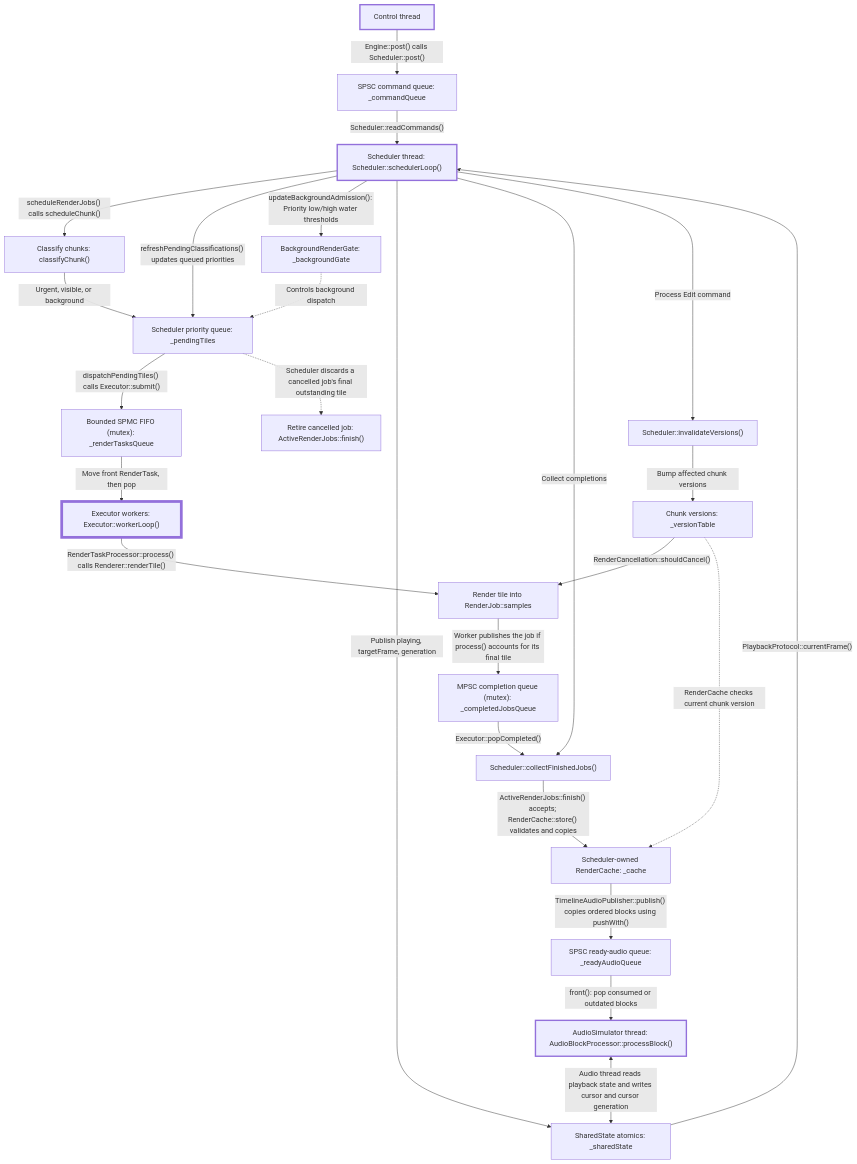
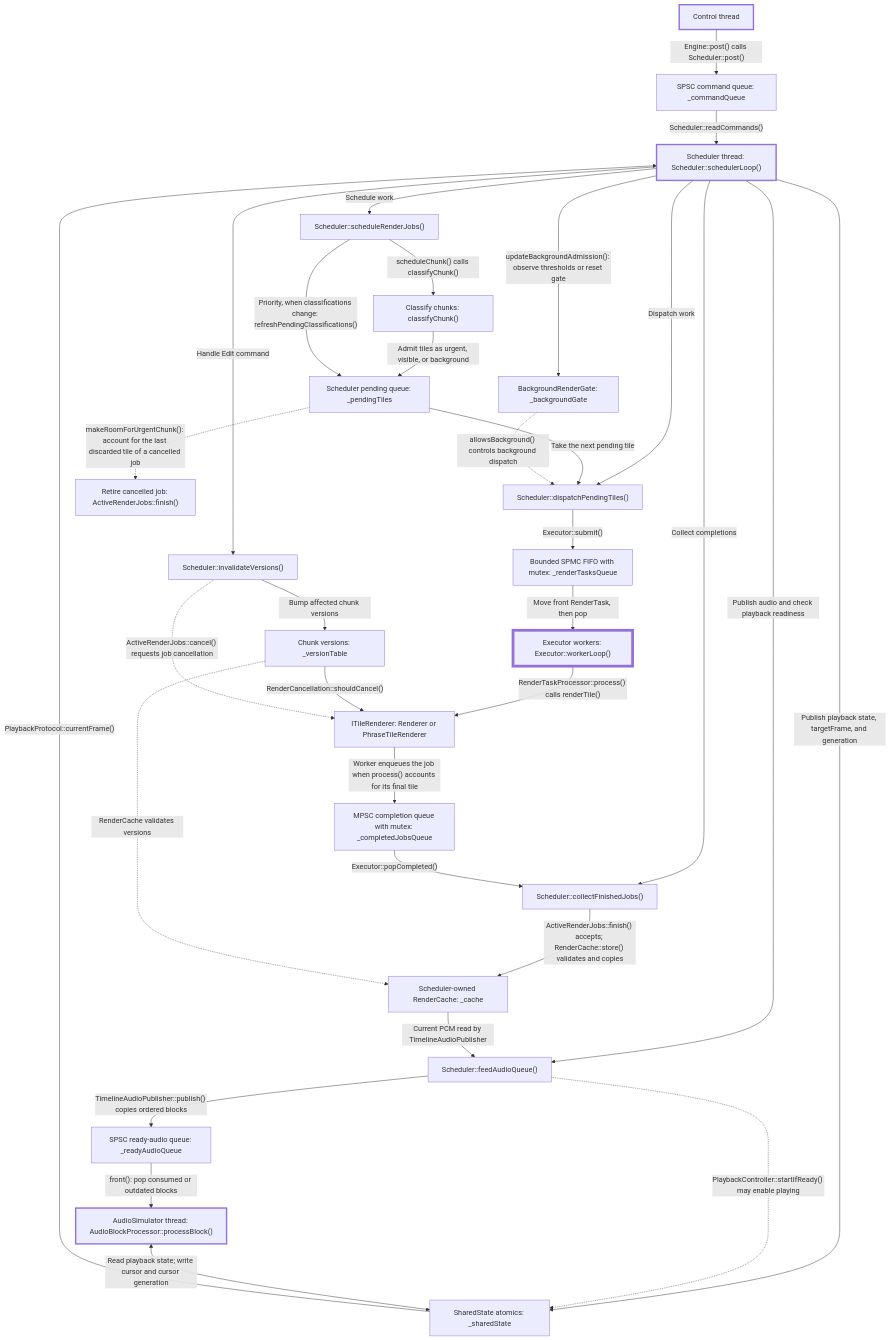
The diagram in README.md (ChristosKonstantas/anasa), drawn with Mermaid before and after one commit. The commit also changed other lines of this file and 55 other files, not shown here.

````diff
--- a/README.md
+++ b/README.md
@@ -35,64 +37,73 @@
 ```mermaid
 flowchart TD
 
     Control["Control thread"]
     CommandQueue["SPSC command queue: _commandQueue"]
     Scheduler["Scheduler thread: Scheduler::schedulerLoop()"]
 
     Control -->|"Engine::post() calls Scheduler::post()"| CommandQueue
     CommandQueue -->|"Scheduler::readCommands()"| Scheduler
 
-    ExecutorQueue["Bounded SPMC FIFO (mutex): _renderTasksQueue"]
-    Workers["Executor workers: Executor::workerLoop()"]
-    Render["Render tile into RenderJob::samples"]
-    CompletionQueue["MPSC completion queue (mutex): _completedJobsQueue"]
-
+    Schedule["Scheduler::scheduleRenderJobs()"]
     Classify["Classify chunks: classifyChunk()"]
-    Pending["Scheduler priority queue: _pendingTiles"]
-
-    Scheduler -->|"scheduleRenderJobs() calls scheduleChunk()"| Classify
-    Classify -->|"Urgent, visible, or background"| Pending
-    Scheduler -->|"refreshPendingClassifications() updates queued priorities"| Pending
-    Pending -->|"dispatchPendingTiles() calls Executor::submit()"| ExecutorQueue
-    ExecutorQueue -->|"Move front RenderTask, then pop"| Workers
-    Workers -->|"RenderTaskProcessor::process() calls Renderer::renderTile()"| Render
-    Render -->|"Worker publishes the job if process() accounts for its final tile"| CompletionQueue
+    Pending["Scheduler pending queue: _pendingTiles"]
+    Dispatch["Scheduler::dispatchPendingTiles()"]
     Admission["BackgroundRenderGate: _backgroundGate"]
 
-    Scheduler -->|"updateBackgroundAdmission(): Priority low/high water thresholds"| Admission
-    Admission -.->|"Controls background dispatch"| Pending
+    Scheduler -->|"Schedule work"| Schedule
+    Schedule -->|"scheduleChunk() calls classifyChunk()"| Classify
+    Classify -->|"Admit tiles as urgent, visible, or background"| Pending
+    Schedule -->|"Priority, when classifications change: refreshPendingClassifications()"| Pending
+    Scheduler -->|"Dispatch work"| Dispatch
+    Pending -->|"Take the next pending tile"| Dispatch
+    Scheduler -->|"updateBackgroundAdmission(): observe thresholds or reset gate"| Admission
+    Admission -.->|"allowsBackground() controls background dispatch"| Dispatch
+
+    ExecutorQueue["Bounded SPMC FIFO with mutex: _renderTasksQueue"]
+    Workers["Executor workers: Executor::workerLoop()"]
+    Render["ITileRenderer: Renderer or PhraseTileRenderer"]
+    CompletionQueue["MPSC completion queue with mutex: _completedJobsQueue"]
+
+    Dispatch -->|"Executor::submit()"| ExecutorQueue
+    ExecutorQueue -->|"Move front RenderTask, then pop"| Workers
+    Workers -->|"RenderTaskProcessor::process() calls renderTile()"| Render
+    Render -->|"Worker enqueues the job when process() accounts for its final tile"| CompletionQueue
+
+    Collect["Scheduler::collectFinishedJobs()"]
     Cache["Scheduler-owned RenderCache: _cache"]
+    Feed["Scheduler::feedAudioQueue()"]
     ReadyQueue["SPSC ready-audio queue: _readyAudioQueue"]
     Audio["AudioSimulator thread: AudioBlockProcessor::processBlock()"]
 
-    Cache -->|"TimelineAudioPublisher::publish() copies ordered blocks using pushWith()"| ReadyQueue
+    Scheduler -->|"Collect completions"| Collect
+    CompletionQueue -->|"Executor::popCompleted()"| Collect
+    Collect -->|"ActiveRenderJobs::finish() accepts; RenderCache::store() validates and copies"| Cache
+    Scheduler -->|"Publish audio and check playback readiness"| Feed
+    Cache -->|"Current PCM read by TimelineAudioPublisher"| Feed
+    Feed -->|"TimelineAudioPublisher::publish() copies ordered blocks"| ReadyQueue
     ReadyQueue -->|"front(): pop consumed or outdated blocks"| Audio
 
     Shared["SharedState atomics: _sharedState"]
 
-    Scheduler -->|"Publish playing, targetFrame, generation"| Shared
+    Scheduler -->|"Publish playback state, targetFrame, and generation"| Shared
     Shared -->|"PlaybackProtocol::currentFrame()"| Scheduler
-
-    Audio <-->|"Audio thread reads playback state and writes cursor and cursor generation"| Shared
+    Feed -.->|"PlaybackController::startIfReady() may enable playing"| Shared
+    Audio <-->|"Read playback state; write cursor and cursor generation"| Shared
 
     Versions["Chunk versions: _versionTable"]
-
-    Versions -->|"RenderCancellation::shouldCancel()"| Render
-
-    Collect["Scheduler::collectFinishedJobs()"]
     Invalidate["Scheduler::invalidateVersions()"]
     Retire["Retire cancelled job: ActiveRenderJobs::finish()"]
 
-    Scheduler -->|"Collect completions"| Collect
-    CompletionQueue -->|"Executor::popCompleted()"| Collect
-    Versions -.->|"RenderCache checks current chunk version"| Cache
-    Collect -->|"ActiveRenderJobs::finish() accepts; RenderCache::store() validates and copies"| Cache
-    Pending -.->|"Scheduler discards a cancelled job's final outstanding tile"| Retire
-    Scheduler -->|"Process Edit command"| Invalidate
+    Versions -->|"RenderCancellation::shouldCancel()"| Render
+    Versions -.->|"RenderCache validates versions"| Cache
+    Scheduler -->|"Handle Edit command"| Invalidate
     Invalidate -->|"Bump affected chunk versions"| Versions
+    Invalidate -.->|"ActiveRenderJobs::cancel() requests job cancellation"| Render
+    Pending -.->|"makeRoomForUrgentChunk(): account for the last discarded tile of a cancelled job"| Retire
+
     classDef thread stroke-width:3px;
     classDef threadPool stroke-width:6px;
 
     class Control,Scheduler,Audio thread;
     class Workers threadPool;
 ```
````
